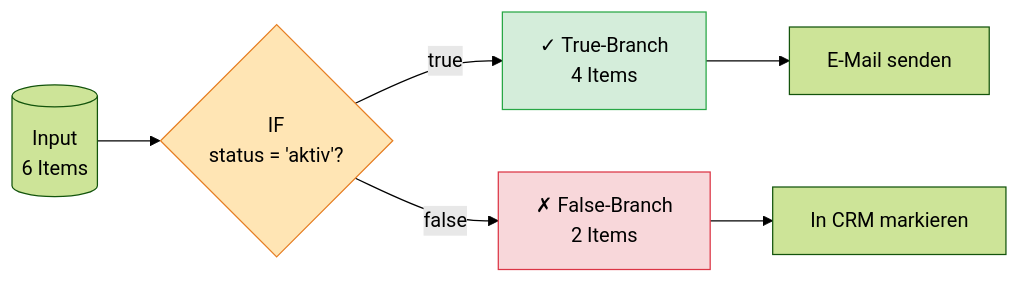
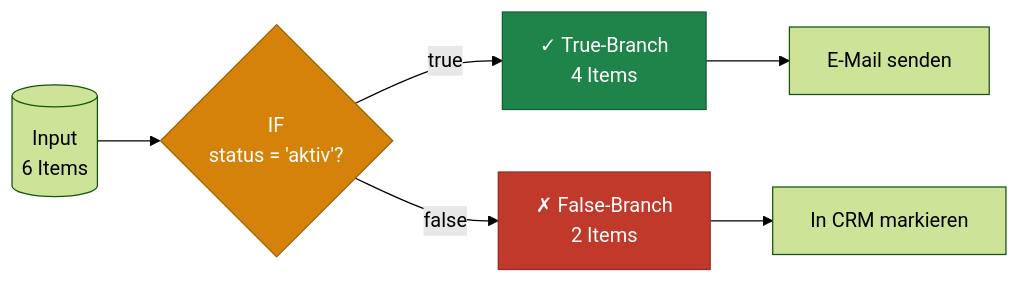
The third of 15 diagrams in docs/n8n_learning/n8n_Datenfluss_Kompendium_v2.md (ericleddin/m4-n8n-demos), drawn with Mermaid (forest theme) before and after one commit. The commit also changed other lines of this file and 4 other files, not shown here.

Commit message:
Add AI agent, LLM, and n8n developer guides; standardize Mermaid colors

````diff
--- a/docs/n8n_learning/n8n_Datenfluss_Kompendium_v2.md
+++ b/docs/n8n_learning/n8n_Datenfluss_Kompendium_v2.md
@@ -129,12 +129,12 @@
 ```mermaid
 flowchart LR
     In[("Input<br/>6 Items")] --> IF{IF<br/>status = 'aktiv'?}
     IF -- true --> T["✓ True-Branch<br/>4 Items"]
     IF -- false --> F["✗ False-Branch<br/>2 Items"]
     T --> Mail[E-Mail senden]
     F --> Log[In CRM markieren]
 
-    style IF fill:#ffe5b4,stroke:#e67e22
-    style T fill:#d4edda,stroke:#28a745
-    style F fill:#f8d7da,stroke:#dc3545
+    style IF fill:#d4820a,stroke:#a06200,color:#fff
+    style T fill:#1e8449,stroke:#155d34,color:#fff
+    style F fill:#c0392b,stroke:#922b21,color:#fff
 ```
````
